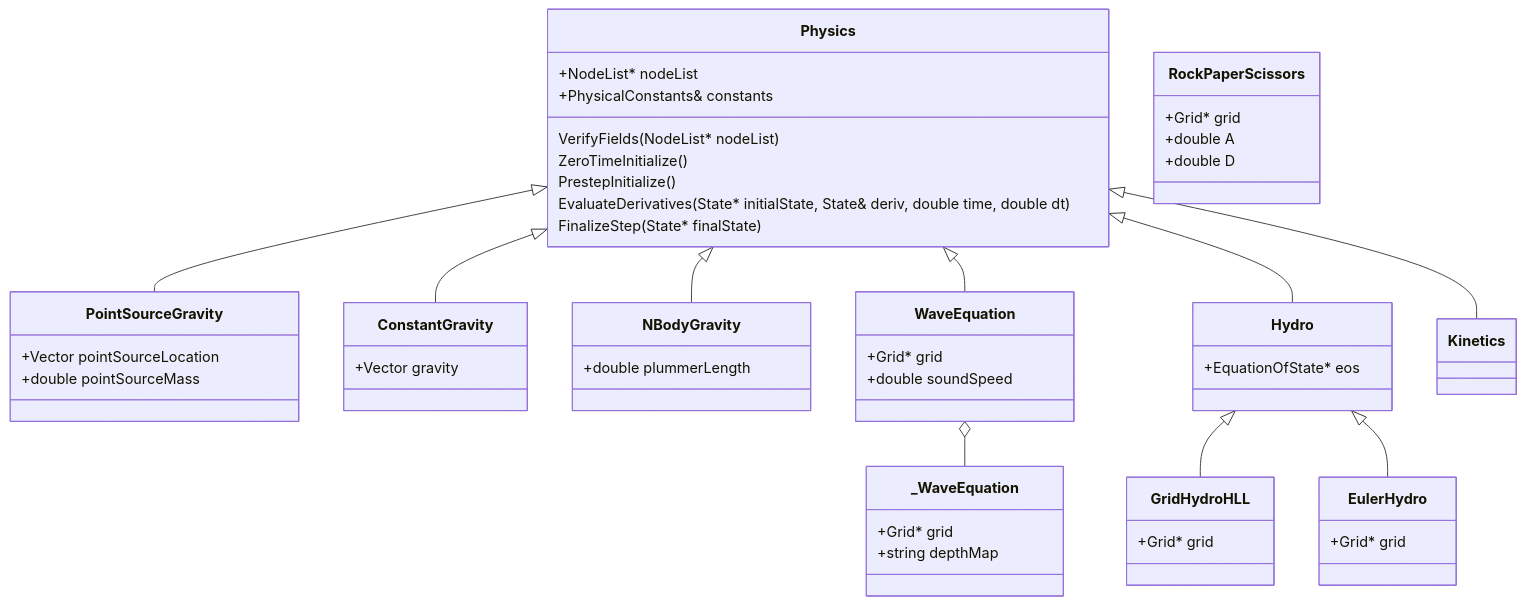
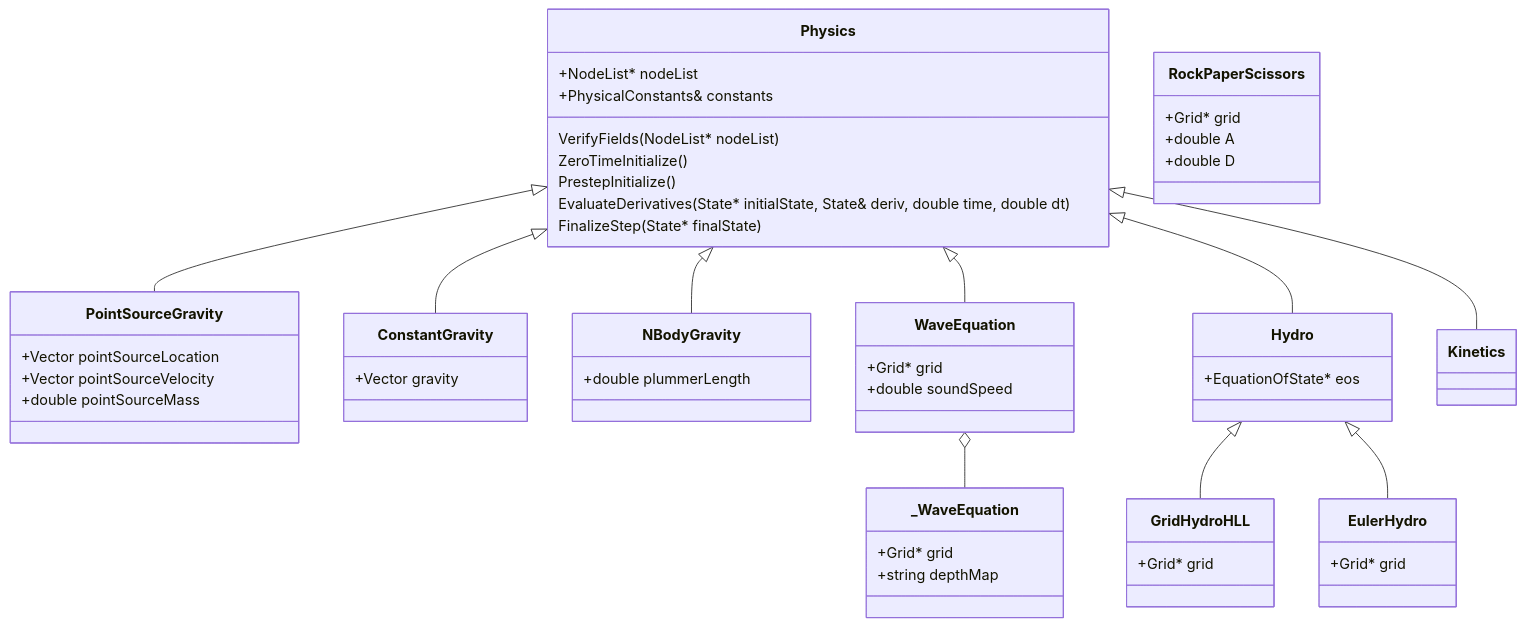
The diagram in src/Physics/Classes.md (antimatterhorn/nidhoggr), drawn with Mermaid before and after one commit.

Commit message:
updating classes diagram for pointsourcegravity

````diff
--- a/src/Physics/Classes.md
+++ b/src/Physics/Classes.md
@@ -2,51 +2,52 @@
 ```mermaid
 classDiagram
     Physics <|-- PointSourceGravity
     Physics <|-- ConstantGravity
     Physics <|-- NBodyGravity
     Physics <|-- WaveEquation
     Physics <|-- Hydro
     Physics <|-- Kinetics
     Physics : +NodeList* nodeList
     Physics : +PhysicalConstants& constants
     Physics : VerifyFields(NodeList* nodeList)
     Physics : ZeroTimeInitialize()
     Physics : PrestepInitialize()
     Physics : EvaluateDerivatives(State* initialState, State<dim>& deriv, double time, double dt)
     Physics : FinalizeStep(State* finalState)
     class PointSourceGravity{
         +Vector pointSourceLocation
+        +Vector pointSourceVelocity
         +double pointSourceMass
     }
     class ConstantGravity{
         +Vector gravity
     }
     class NBodyGravity{
         +double plummerLength
     }
     class Hydro{
         +EquationOfState* eos
     }
     class WaveEquation{
         +Grid* grid
         +double soundSpeed
     }
     WaveEquation o -- _WaveEquation
     class _WaveEquation{
         +Grid* grid
         +string depthMap
     }
     class RockPaperScissors{
         +Grid* grid
         +double A
         +double D
     }
     Hydro <| -- GridHydroHLL
     class GridHydroHLL{
         +Grid* grid
     }
     Hydro <| -- EulerHydro
     class EulerHydro{
         +Grid* grid
     }
 ```
````
